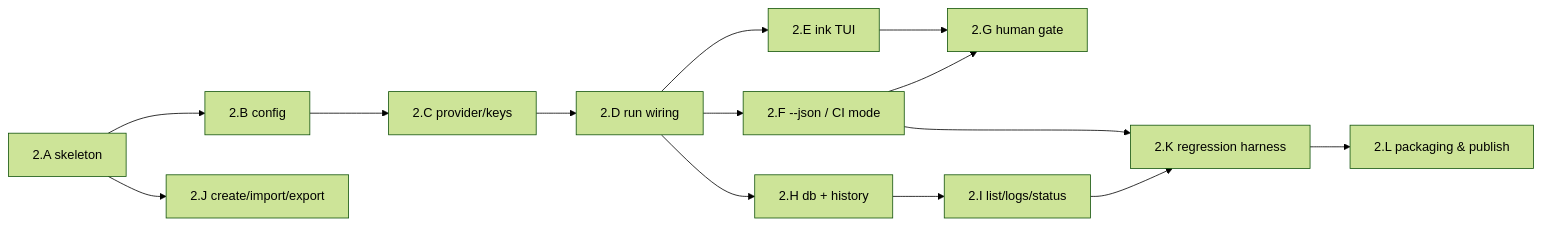
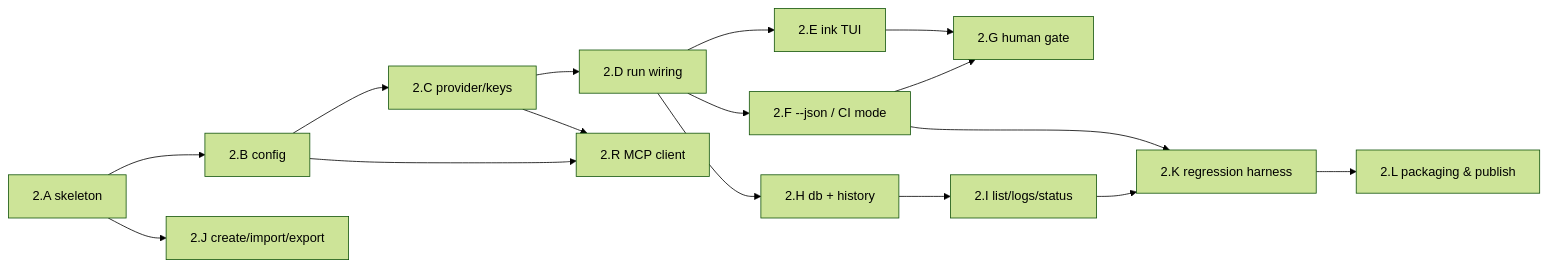
The diagram in docs/roadmap/phases/phase-2-cli.md (HodeTech/Relavium), drawn with Mermaid (forest theme) before and after one commit. The commit also changed other lines of this file and 6 other files, not shown here.

First line of the commit message:
docs(roadmap): record the 2026-06-10 engine/tooling review follow-ups

````diff
--- a/docs/roadmap/phases/phase-2-cli.md
+++ b/docs/roadmap/phases/phase-2-cli.md
@@ -82,16 +87,18 @@
 ```mermaid
 flowchart LR
   A["2.A skeleton"] --> B["2.B config"]
   B --> C["2.C provider/keys"]
   C --> D["2.D run wiring"]
   D --> E["2.E ink TUI"]
   D --> F["2.F --json / CI mode"]
   E --> G["2.G human gate"]
   F --> G
   D --> H["2.H db + history"]
   H --> I["2.I list/logs/status"]
   A --> J["2.J create/import/export"]
   F --> K["2.K regression harness"]
   I --> K
   K --> L["2.L packaging & publish"]
+  B --> R["2.R MCP client"]
+  C --> R
 ```
````
